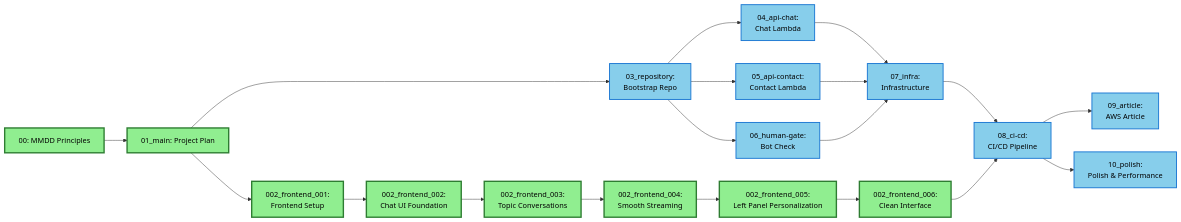
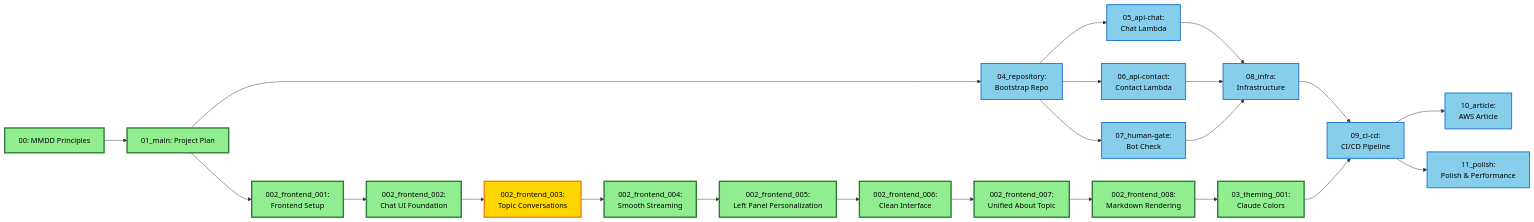
Before and after one commit to robertoallende/allende: the diagram in dev_log/status.mmd, drawn with Mermaid. The commit also changed 6 other files, not shown here.

```diff
--- a/dev_log/status.mmd
+++ b/dev_log/status.mmd
@@ -1,58 +1,68 @@
 %%{init: {'theme':'base', 'themeVariables': {'primaryColor': '#ffffff', 'primaryTextColor': '#333', 'primaryBorderColor': '#333', 'lineColor': '#333', 'secondaryColor': '#f0f0f0', 'tertiaryColor': '#f0f0f0', 'background': '#e8e8e8', 'mainBkg': '#e8e8e8', 'secondBkg': '#e8e8e8'}}}%%
 flowchart LR
     U00["00: MMDD Principles"]
     U01["01_main: Project Plan"]
     
     %% Frontend Development Branch
     U002_001["002_frontend_001:<br/>Frontend Setup"]
     U002_002["002_frontend_002:<br/>Chat UI Foundation"]
     U002_003["002_frontend_003:<br/>Topic Conversations"]
     U002_004["002_frontend_004:<br/>Smooth Streaming"]
     U002_005["002_frontend_005:<br/>Left Panel Personalization"]
     U002_006["002_frontend_006:<br/>Clean Interface"]
+    U002_007["002_frontend_007:<br/>Unified About Topic"]
+    U002_008["002_frontend_008:<br/>Markdown Rendering"]
+    
+    %% Theming Branch
+    U03_001["03_theming_001:<br/>Claude Colors"]
     
     %% Backend Development Branch
-    U03["03_repository:<br/>Bootstrap Repo"]
-    U04["04_api-chat:<br/>Chat Lambda"]
-    U05["05_api-contact:<br/>Contact Lambda"]
-    U06["06_human-gate:<br/>Bot Check"]
+    U04["04_repository:<br/>Bootstrap Repo"]
+    U04["04_repository:<br/>Bootstrap Repo"]
+    U05["05_api-chat:<br/>Chat Lambda"]
+    U06["06_api-contact:<br/>Contact Lambda"]
+    U07["07_human-gate:<br/>Bot Check"]
     
     %% Infrastructure Branch
-    U07["07_infra:<br/>Infrastructure"]
-    U08["08_ci-cd:<br/>CI/CD Pipeline"]
+    U08["08_infra:<br/>Infrastructure"]
+    U09["09_ci-cd:<br/>CI/CD Pipeline"]
     
     %% Final Polish Branch
-    U09["09_article:<br/>AWS Article"]
-    U10["10_polish:<br/>Polish & Performance"]
+    U10["10_article:<br/>AWS Article"]
+    U11["11_polish:<br/>Polish & Performance"]
 
     %% Dependencies
     U00 --> U01
     U01 --> U002_001
     U002_001 --> U002_002
     U002_002 --> U002_003
     U002_003 --> U002_004
     U002_004 --> U002_005
     U002_005 --> U002_006
+    U002_006 --> U002_007
+    U002_007 --> U002_008
+    U002_008 --> U03_001
     
-    U01 --> U03
-    U03 --> U04
-    U03 --> U05
-    U03 --> U06
+    U01 --> U04
+    U04 --> U05
+    U04 --> U06
     U04 --> U07
-    U05 --> U07
-    U06 --> U07
+    U05 --> U08
+    U06 --> U08
     U07 --> U08
+    U08 --> U09
     
-    U002_006 --> U08
-    U08 --> U09
-    U08 --> U10
+    U03_001 --> U09
+    U09 --> U10
+    U09 --> U11
 
     %% Color Classifications
     classDef completed fill:#90EE90,stroke:#2E7D32,stroke-width:3px,color:#000
     classDef inProgress fill:#FFD700,stroke:#F57F17,stroke-width:3px,color:#000
     classDef planned fill:#87CEEB,stroke:#1976D2,stroke-width:2px,color:#000
     classDef blocked fill:#FFB6C1,stroke:#D32F2F,stroke-width:2px,color:#000
 
-    %% Apply Classifications
-    class U00,U01,U002_001,U002_002,U002_003,U002_004,U002_005,U002_006 completed
-    class U03,U04,U05,U06,U07,U08,U09,U10 planned
+    %% Apply Classifications - Updated Status
+    class U00,U01,U002_001,U002_002,U002_004,U002_005,U002_006,U002_007,U002_008,U03_001 completed
+    class U002_003 inProgress
+    class U04,U05,U06,U07,U08,U09,U10,U11 planned
```
